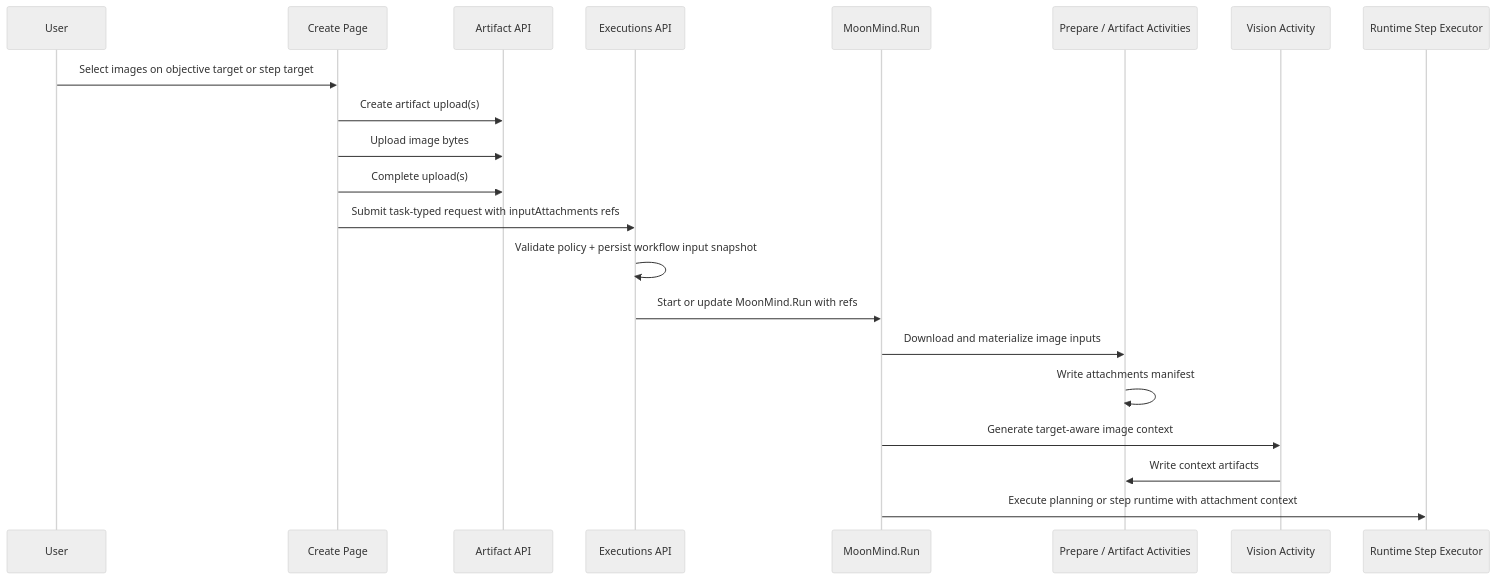
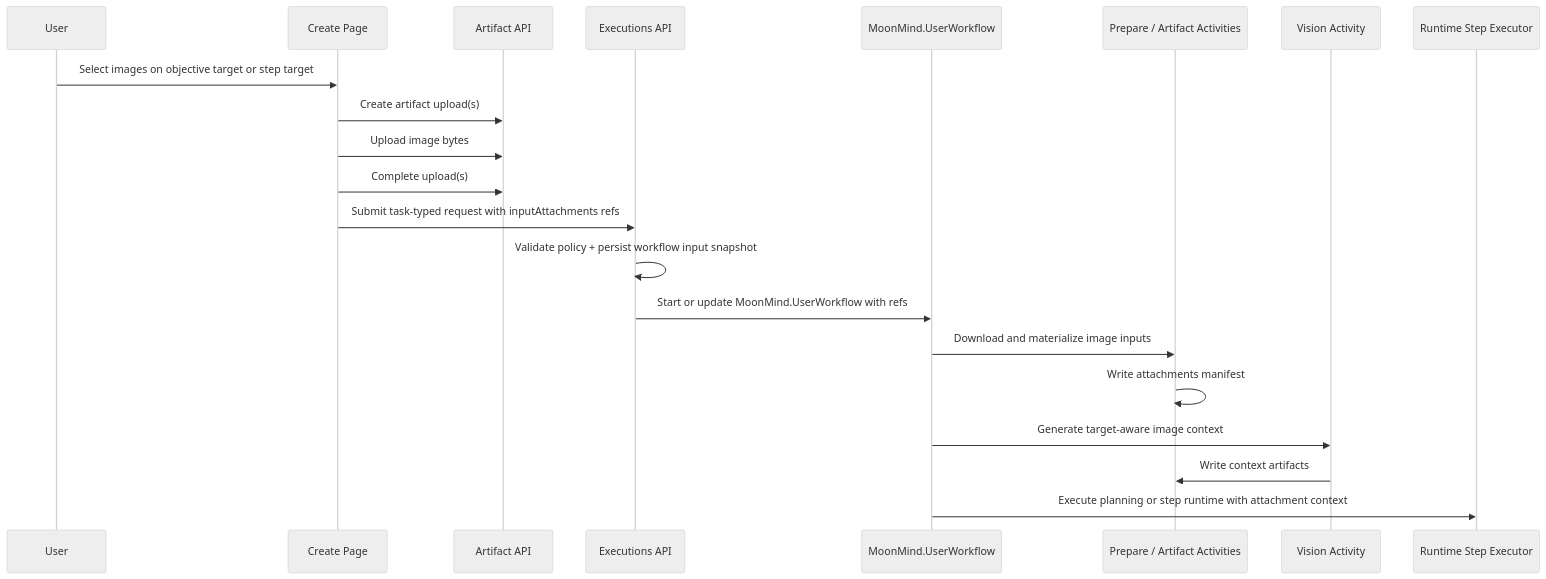
The diagram in docs/Workflows/ImageSystem.md (MoonLadderStudios/MoonMind), drawn with Mermaid (neutral theme) before and after one commit. The commit also changed other lines of this file and 259 other files, not shown here.

````diff
--- a/docs/Workflows/ImageSystem.md
+++ b/docs/Workflows/ImageSystem.md
@@ -98,24 +98,24 @@
 ```mermaid
 sequenceDiagram
     participant U as User
     participant C as Create Page
     participant A as Artifact API
     participant E as Executions API
-    participant W as MoonMind.Run
+    participant W as MoonMind.UserWorkflow
     participant P as Prepare / Artifact Activities
     participant V as Vision Activity
     participant R as Runtime Step Executor
 
     U->>C: Select images on objective target or step target
     C->>A: Create artifact upload(s)
     C->>A: Upload image bytes
     C->>A: Complete upload(s)
     C->>E: Submit task-typed request with inputAttachments refs
     E->>E: Validate policy + persist workflow input snapshot
-    E->>W: Start or update MoonMind.Run with refs
+    E->>W: Start or update MoonMind.UserWorkflow with refs
     W->>P: Download and materialize image inputs
     P->>P: Write attachments manifest
     W->>V: Generate target-aware image context
     V->>P: Write context artifacts
     W->>R: Execute planning or step runtime with attachment context
 ```
````
